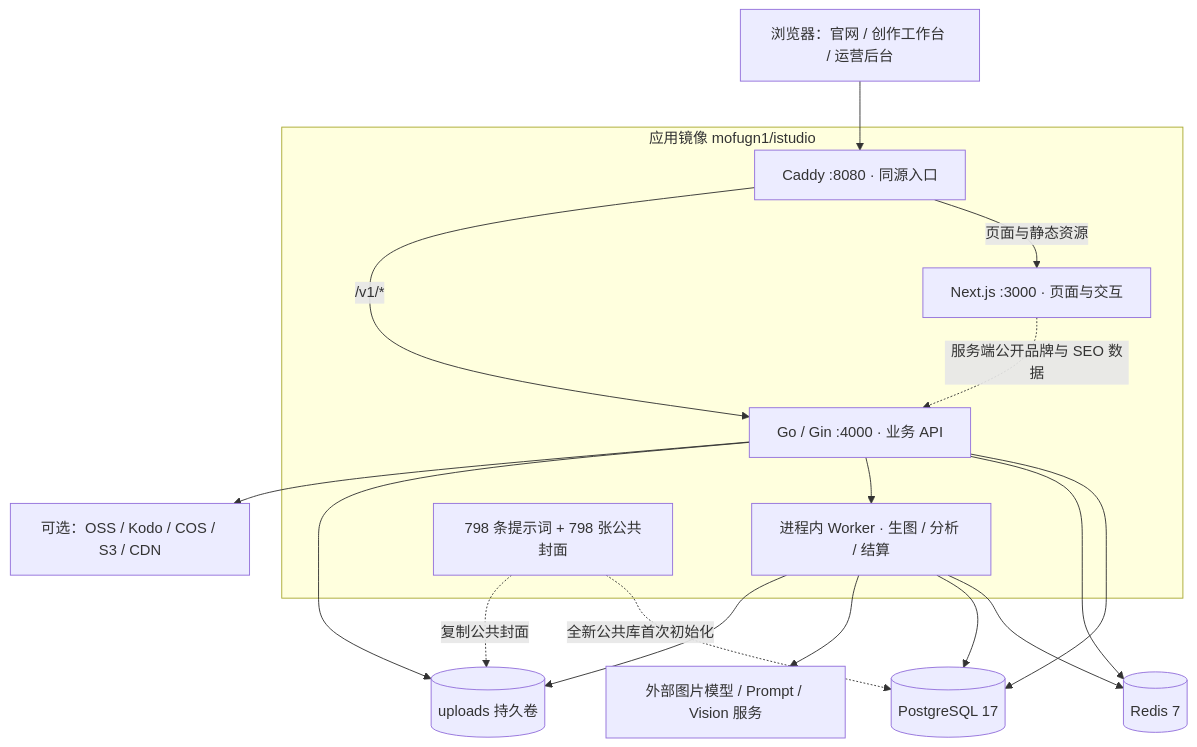
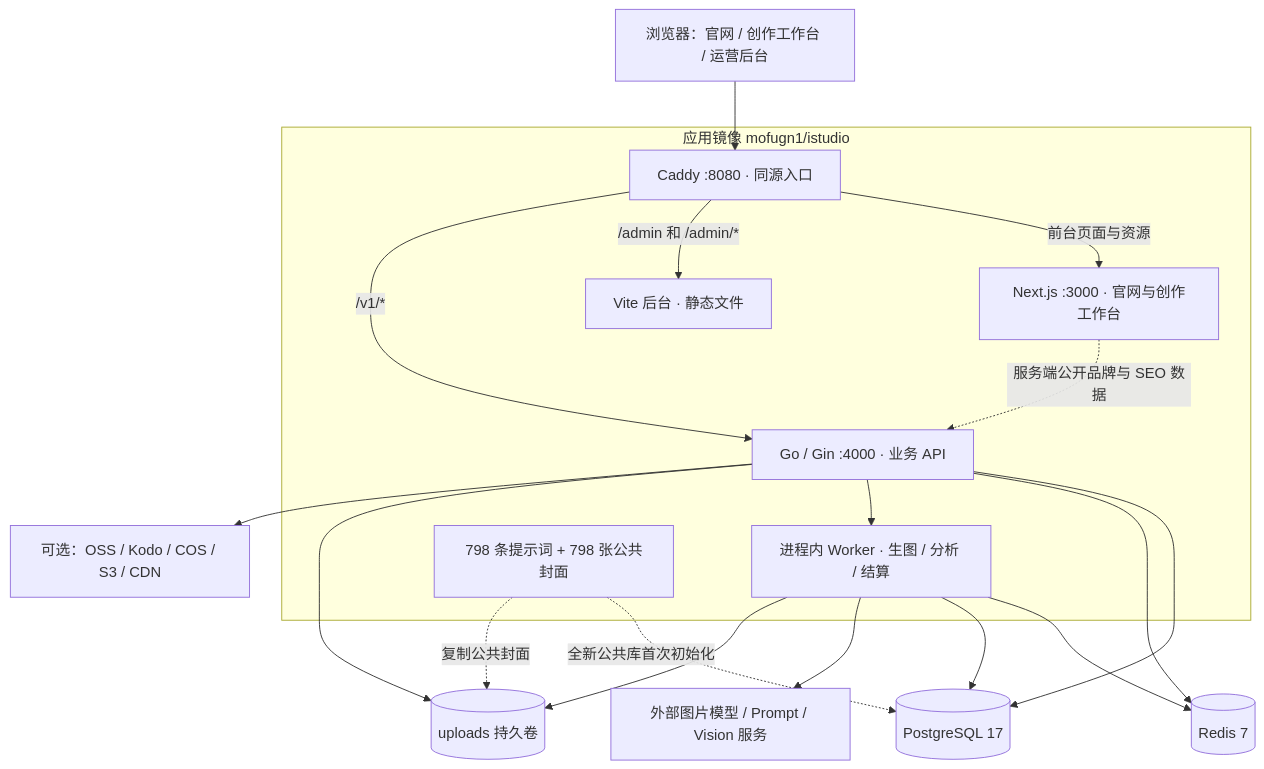
The first of 2 diagrams in docs/architecture.md (mofung1/i-studio), drawn with Mermaid before and after one commit. The commit also changed other lines of this file and 3 other files, not shown here.

````diff
--- a/docs/architecture.md
+++ b/docs/architecture.md
@@ -11,31 +11,33 @@
 ```mermaid
 flowchart TB
   browser[浏览器：官网 / 创作工作台 / 运营后台]
   subgraph image[应用镜像 mofugn1/istudio]
     gateway[Caddy :8080 · 同源入口]
-    web[Next.js :3000 · 页面与交互]
+    web[Next.js :3000 · 官网与创作工作台]
+    admin[Vite 后台 · 静态文件]
     api[Go / Gin :4000 · 业务 API]
     worker[进程内 Worker · 生图 / 分析 / 结算]
     seed[798 条提示词 + 798 张公共封面]
   end
   postgres[(PostgreSQL 17)]
   redis[(Redis 7)]
   uploads[(uploads 持久卷)]
   cloud[可选：OSS / Kodo / COS / S3 / CDN]
   provider[外部图片模型 / Prompt / Vision 服务]
   browser --> gateway
-  gateway -->|页面与静态资源| web
+  gateway -->|前台页面与资源| web
+  gateway -->|/admin 和 /admin/*| admin
   gateway -->|/v1/*| api
   web -.->|服务端公开品牌与 SEO 数据| api
   api --> postgres
   api --> redis
   api --> worker
   worker --> redis
   worker --> postgres
   worker --> provider
   worker --> uploads
   api --> uploads
   api --> cloud
   seed -.->|全新公共库首次初始化| postgres
   seed -.->|复制公共封面| uploads
 ```
````
